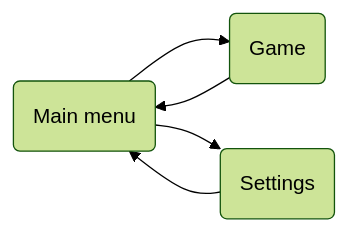
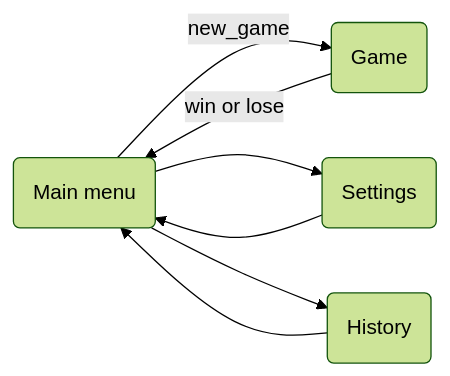
The first of 2 diagrams in docs/mecs.md (Virashu/danmaku), drawn with Mermaid (forest theme) before and after one commit.

````diff
--- a/docs/mecs.md
+++ b/docs/mecs.md
@@ -29,12 +29,16 @@
 ```mermaid
 graph LR
   A(Main menu)
   B(Game)
   C(Settings)
+  D(History)
 
-  A -->B
-  B -->A
+  A-->|new_game|B
+  B-->|win or lose|A
 
-  A -->C
-  C -->A
+  A-->C
+  C-->A
+
+  A-->D
+  D-->A
 ```
````
